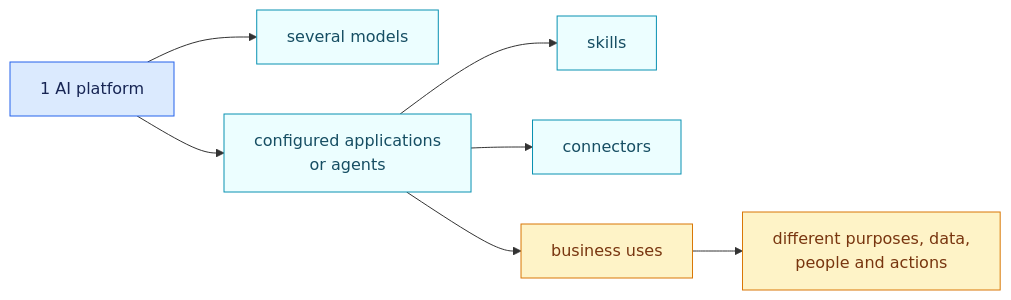
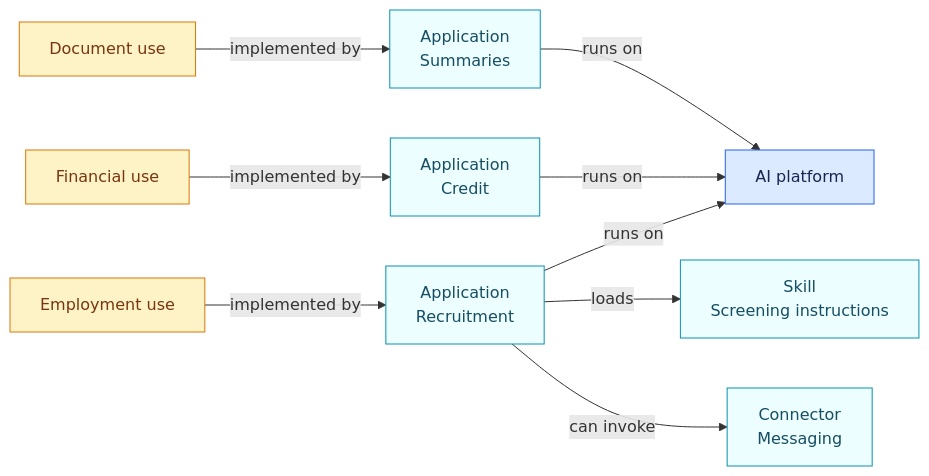
The first of 3 diagrams in README.md (NickChaps/Open-AIRS), drawn with Mermaid before and after one commit. The commit also changed other lines of this file and 58 other files, not shown here.

````diff
--- a/README.md
+++ b/README.md
@@ -36,16 +34,18 @@
 ```mermaid
 flowchart LR
-    P["1 AI platform"] --> M["several models"]
-    P --> A["configured applications<br/>or agents"]
-    A --> S["skills"]
-    A --> C["connectors"]
-    A --> U["business uses"]
-    U --> X["different purposes, data,<br/>people and actions"]
+    U1["Document use"] -->|"implemented by"| A1["Application<br/>Summaries"]
+    U2["Financial use"] -->|"implemented by"| A2["Application<br/>Credit"]
+    U3["Employment use"] -->|"implemented by"| A3["Application<br/>Recruitment"]
+    A1 -->|"runs on"| P["AI platform"]
+    A2 -->|"runs on"| P
+    A3 -->|"runs on"| P
+    A3 -->|"loads"| S["Skill<br/>Screening instructions"]
+    A3 -->|"can invoke"| C["Connector<br/>Messaging"]
 
     classDef platform fill:#dbeafe,stroke:#2563eb,color:#172554
-    classDef component fill:#ecfeff,stroke:#0891b2,color:#164e63
+    classDef app fill:#ecfeff,stroke:#0891b2,color:#164e63
     classDef use fill:#fef3c7,stroke:#d97706,color:#78350f
     class P platform
-    class M,A,S,C component
-    class U,X use
+    class A1,A2,A3,S,C app
+    class U1,U2,U3 use
 ```
````
